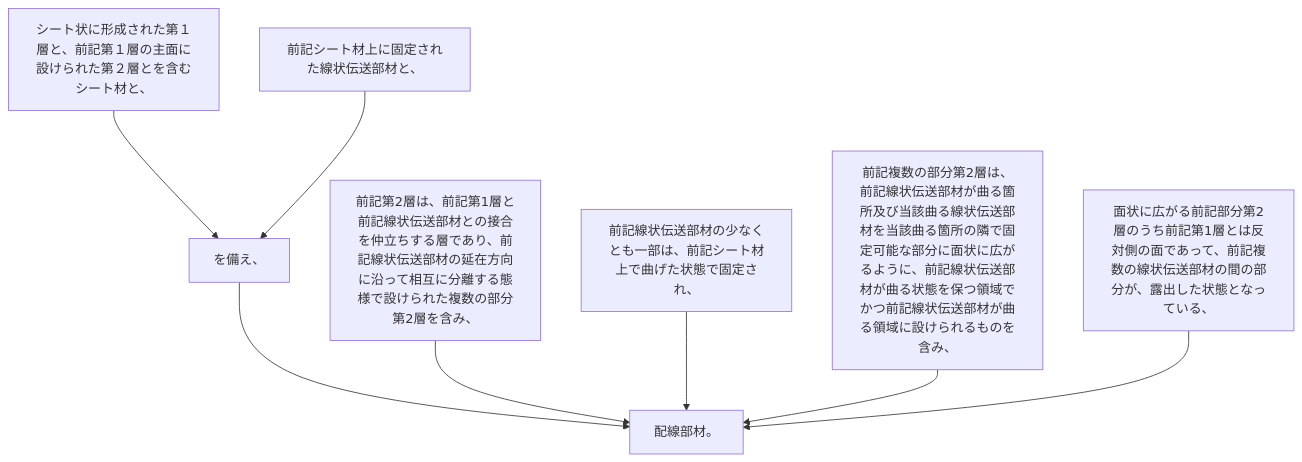
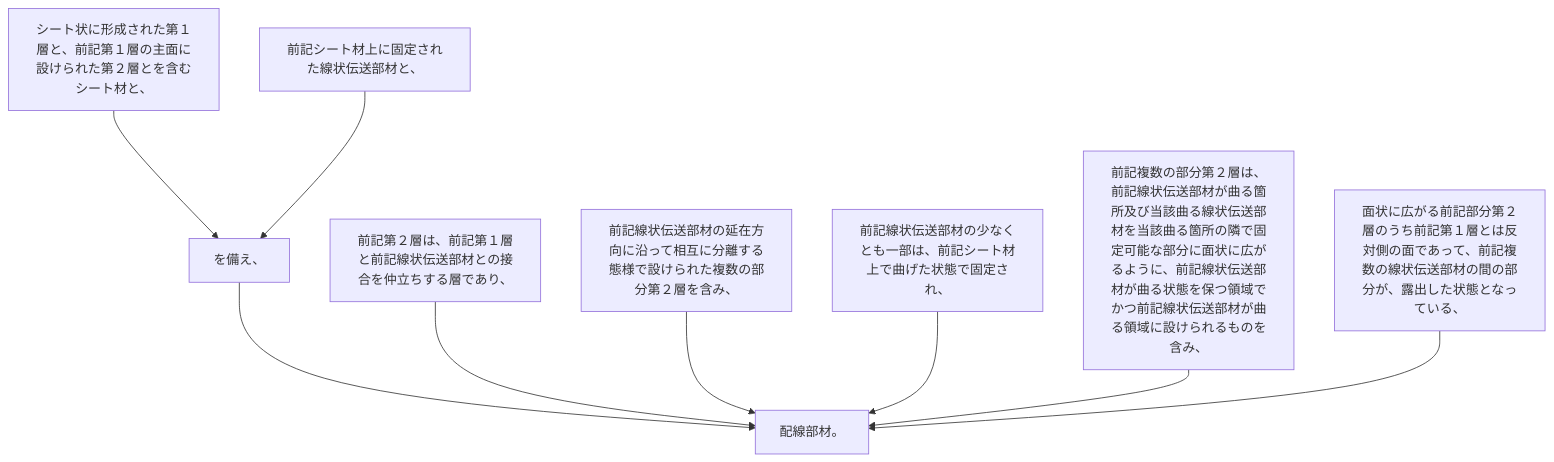
Before and after one commit to shinmori55/patent_analyzed: the diagram in 2024/JP2024001238A/claim_6/claim_6_graph.md, drawn with Mermaid. The commit also changed 10 other files, not shown here.

````diff
--- a/2024/JP2024001238A/claim_6/claim_6_graph.md
+++ b/2024/JP2024001238A/claim_6/claim_6_graph.md
@@ -1,18 +1,20 @@
 ```mermaid
 flowchart TD
 A[シート状に形成された第１層と、前記第１層の主面に設けられた第２層とを含むシート材と、]
 B[前記シート材上に固定された線状伝送部材と、]
 C[を備え、]
-D[前記第2層は、前記第1層と前記線状伝送部材との接合を仲立ちする層であり、前記線状伝送部材の延在方向に沿って相互に分離する態様で設けられた複数の部分第2層を含み、]
-E[前記線状伝送部材の少なくとも一部は、前記シート材上で曲げた状態で固定され、]
-F[前記複数の部分第2層は、前記線状伝送部材が曲る箇所及び当該曲る線状伝送部材を当該曲る箇所の隣で固定可能な部分に面状に広がるように、前記線状伝送部材が曲る状態を保つ領域でかつ前記線状伝送部材が曲る領域に設けられるものを含み、]
-G[面状に広がる前記部分第2層のうち前記第1層とは反対側の面であって、前記複数の線状伝送部材の間の部分が、露出した状態となっている、]
-H[配線部材。]
+D[前記第２層は、前記第１層と前記線状伝送部材との接合を仲立ちする層であり、]
+E[前記線状伝送部材の延在方向に沿って相互に分離する態様で設けられた複数の部分第２層を含み、]
+F[前記線状伝送部材の少なくとも一部は、前記シート材上で曲げた状態で固定され、]
+G[前記複数の部分第２層は、前記線状伝送部材が曲る箇所及び当該曲る線状伝送部材を当該曲る箇所の隣で固定可能な部分に面状に広がるように、前記線状伝送部材が曲る状態を保つ領域でかつ前記線状伝送部材が曲る領域に設けられるものを含み、]
+H[面状に広がる前記部分第２層のうち前記第１層とは反対側の面であって、前記複数の線状伝送部材の間の部分が、露出した状態となっている、]
+I[配線部材。]
 A --> C
 B --> C
-C --> H
-D --> H
-E --> H
-F --> H
-G --> H
+C --> I
+D --> I
+E --> I
+F --> I
+G --> I
+H --> I
 ```
````
